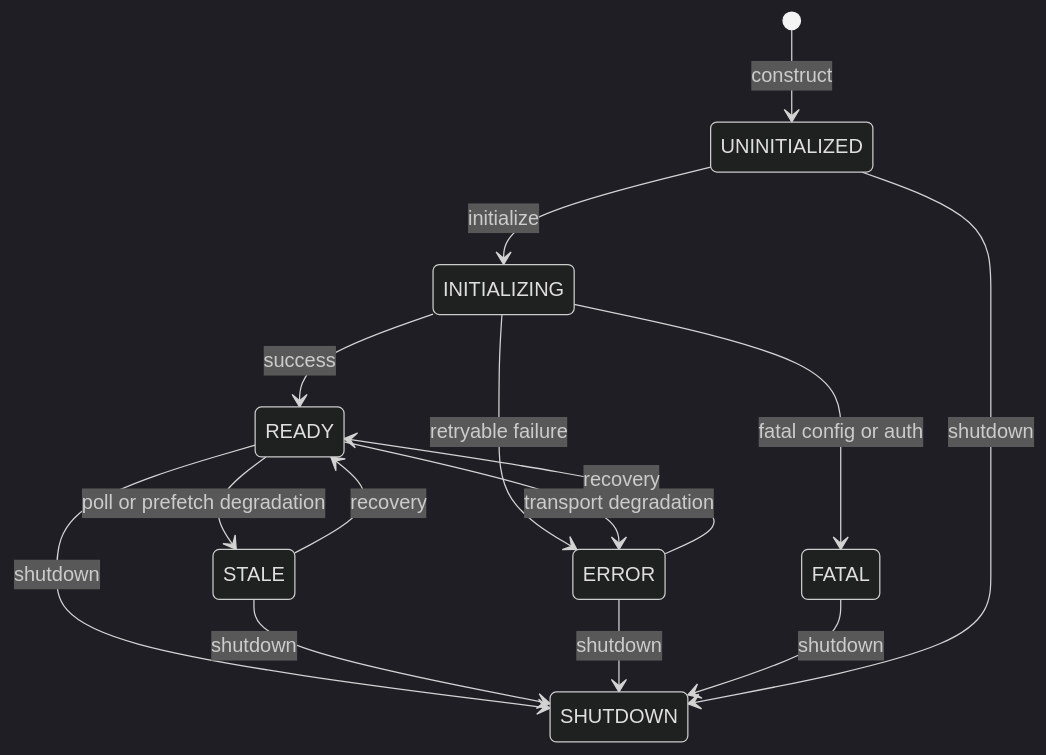
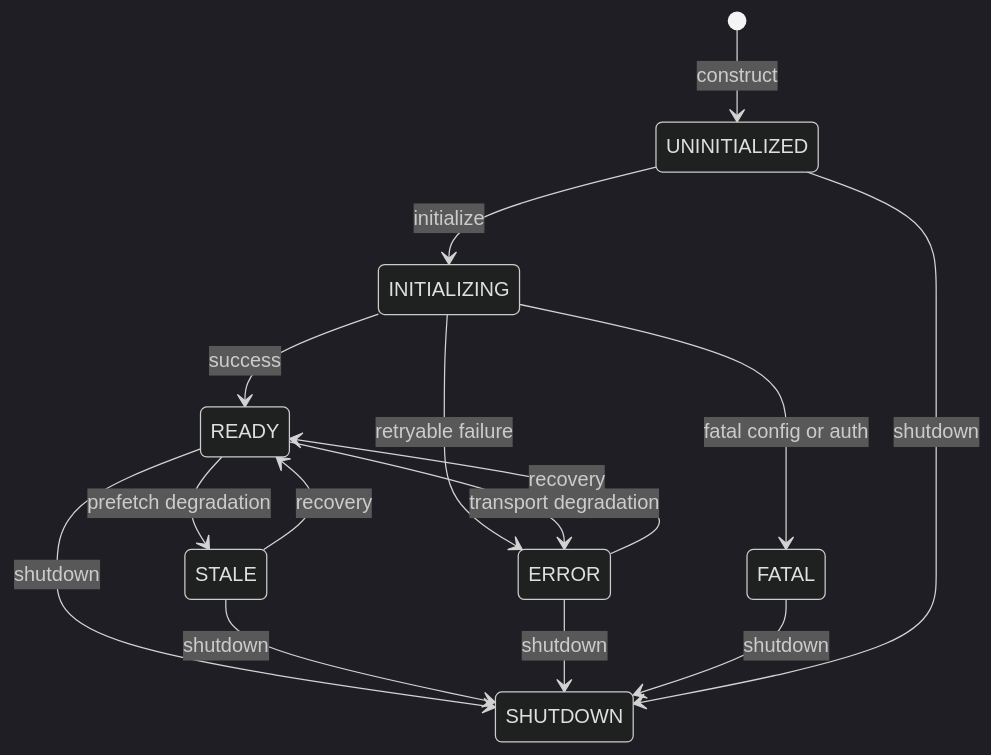
The second of 2 diagrams in introduction/architecture.mdx (FireWeave-HQ/docs.fireweave.ai), drawn with Mermaid (dark theme) before and after one commit. The commit also changed other lines of this file and 40 other files, not shown here.

````diff
--- a/introduction/architecture.mdx
+++ b/introduction/architecture.mdx
@@ -79,17 +71,17 @@
 ```mermaid
 stateDiagram-v2
   [*] --> UNINITIALIZED: construct
   UNINITIALIZED --> INITIALIZING: initialize
   INITIALIZING --> READY: success
   INITIALIZING --> FATAL: fatal config or auth
   INITIALIZING --> ERROR: retryable failure
-  READY --> STALE: poll or prefetch degradation
+  READY --> STALE: prefetch degradation
   READY --> ERROR: transport degradation
   STALE --> READY: recovery
   ERROR --> READY: recovery
   READY --> SHUTDOWN: shutdown
   STALE --> SHUTDOWN: shutdown
   ERROR --> SHUTDOWN: shutdown
   FATAL --> SHUTDOWN: shutdown
   UNINITIALIZED --> SHUTDOWN: shutdown
 ```
````
